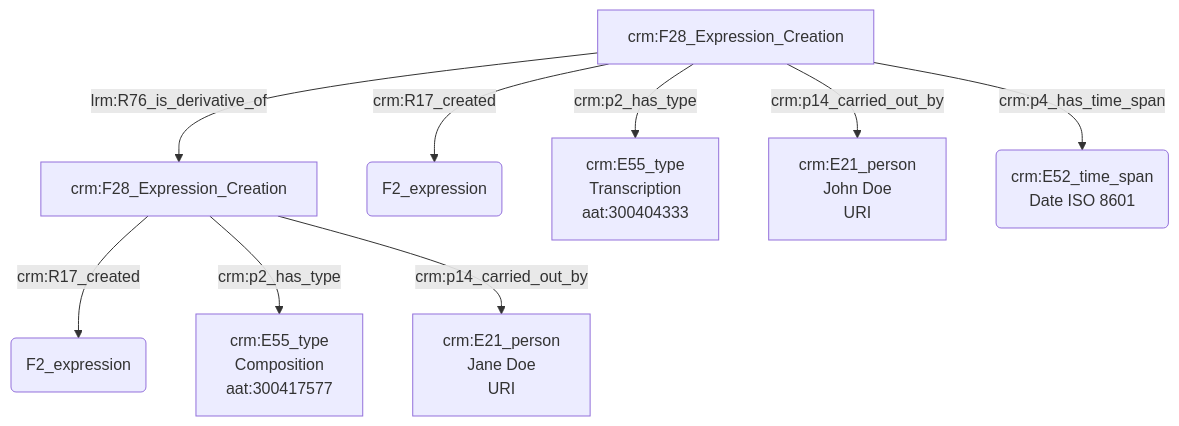
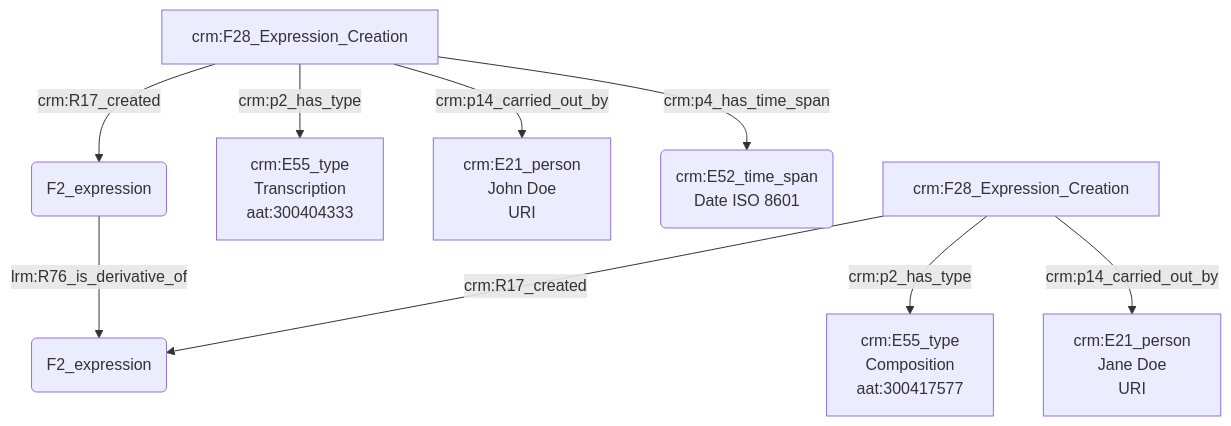
The diagram in modules/livrables/Dossier 2/Indexation conceptuelle/transcription d'une œuvre.md (Amleth/consortium-musica2-gt2-ontologies), drawn with Mermaid before and after one commit.

Commit message:
Update transcription d'une œuvre.md

````diff
--- a/modules/livrables/Dossier 2/Indexation conceptuelle/transcription d'une œuvre.md
+++ b/modules/livrables/Dossier 2/Indexation conceptuelle/transcription d'une œuvre.md
@@ -18,15 +18,15 @@
 ```mermaid
 graph TD;
 
-A[crm:F28_Expression_Creation] --> |lrm:R76_is_derivative_of| E[crm:F28_Expression_Creation]
+N(F2_expression) --> |lrm:R76_is_derivative_of| M(F2_expression)
 
 A[crm:F28_Expression_Creation] --> |crm:R17_created| N(F2_expression)
 A[crm:F28_Expression_Creation] --> |crm:p2_has_type| B[crm:E55_type<br>Transcription<br>aat:300404333]
 A[crm:F28_Expression_Creation] --> |crm:p14_carried_out_by| C[crm:E21_person<br>John Doe<br>URI]
 A[crm:F28_Expression_Creation] --> |crm:p4_has_time_span| I(crm:E52_time_span<br>Date ISO 8601)
 
 E[crm:F28_Expression_Creation] --> |crm:R17_created| M(F2_expression)
 E[crm:F28_Expression_Creation] --> |crm:p2_has_type| G[crm:E55_type<br>Composition<br>aat:300417577]
 E[crm:F28_Expression_Creation] --> |crm:p14_carried_out_by| F[crm:E21_person<br>Jane Doe<br>URI]
 
 ```
````
